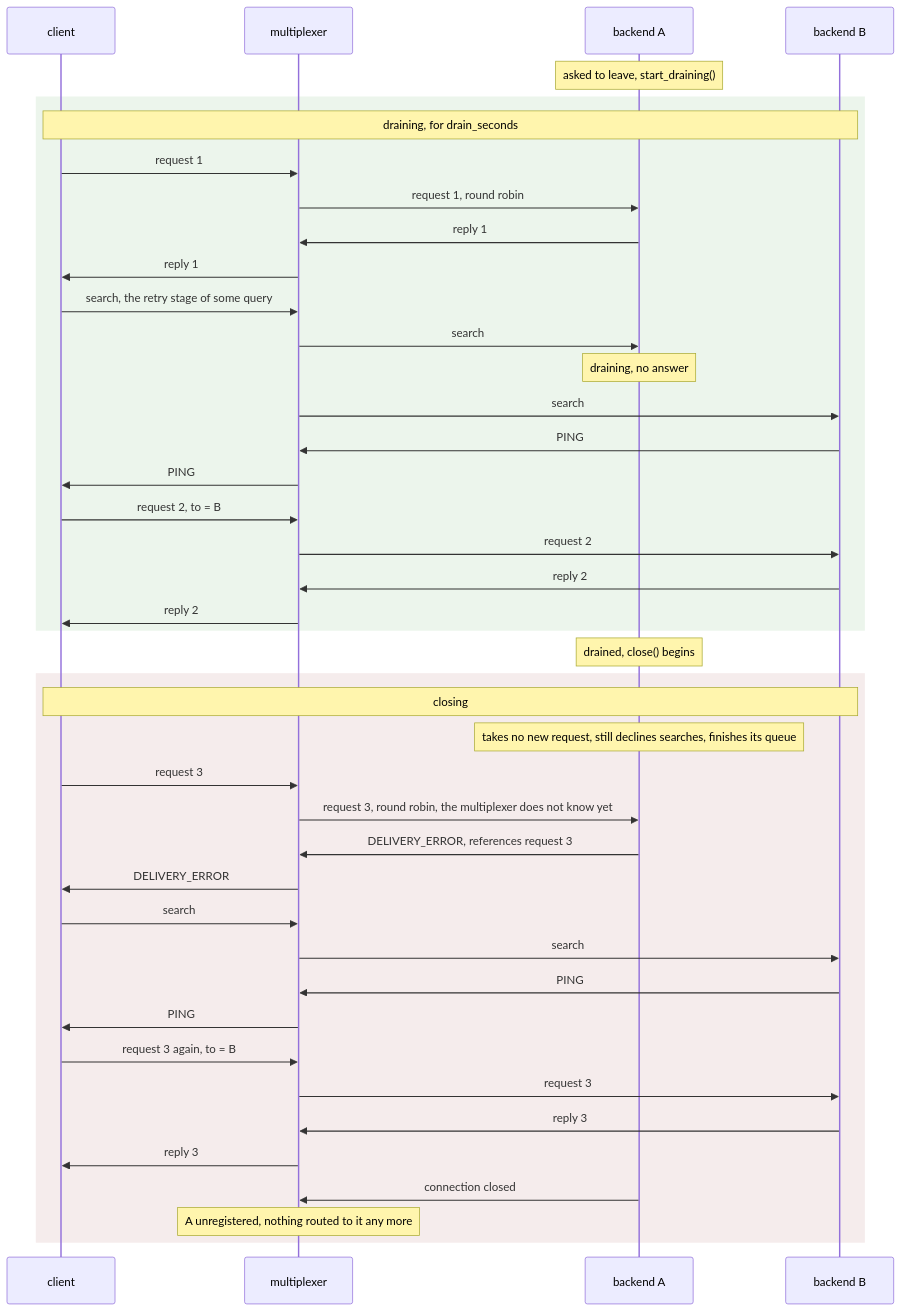
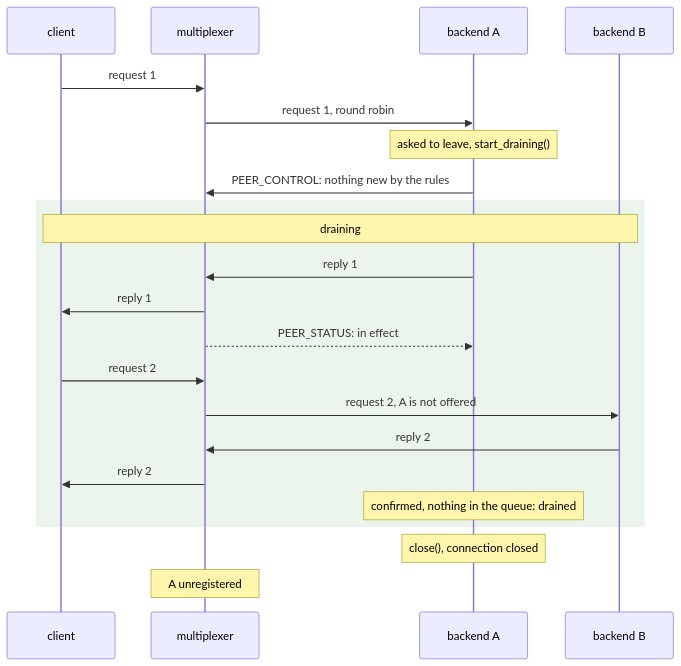
One commit to kulewski/multiplexer changed the first of 3 diagrams in docs/leaving.md. Above: the diagram before and after it, drawn with Mermaid. The commit also changed other lines of this file and 74 other files, not shown here.

````diff
--- a/docs/leaving.md
+++ b/docs/leaving.md
@@ -29,44 +66,24 @@
 ```mermaid
 sequenceDiagram
     participant C as client
     participant M as multiplexer
     participant A as backend A
     participant B as backend B
+    C->>M: request 1
+    M->>A: request 1, round robin
     Note over A: asked to leave, start_draining()
+    A->>M: PEER_CONTROL: nothing new by the rules
     rect rgb(236, 245, 236)
-        Note over C,B: draining, for drain_seconds
-        C->>M: request 1
-        M->>A: request 1, round robin
+        Note over C,B: draining
         A->>M: reply 1
         M->>C: reply 1
-        C->>M: search, the retry stage of some query
-        M->>A: search
-        Note over A: draining, no answer
-        M->>B: search
-        B->>M: PING
-        M->>C: PING
-        C->>M: request 2, to = B
-        M->>B: request 2
+        M-->>A: PEER_STATUS: in effect
+        C->>M: request 2
+        M->>B: request 2, A is not offered
         B->>M: reply 2
         M->>C: reply 2
+        Note over A: confirmed, nothing in the queue: drained
     end
-    Note over A: drained, close() begins
-    rect rgb(245, 236, 236)
-        Note over C,B: closing
-        Note over A: takes no new request, still declines searches, finishes its queue
-        C->>M: request 3
-        M->>A: request 3, round robin, the multiplexer does not know yet
-        A->>M: DELIVERY_ERROR, references request 3
-        M->>C: DELIVERY_ERROR
-        C->>M: search
-        M->>B: search
-        B->>M: PING
-        M->>C: PING
-        C->>M: request 3 again, to = B
-        M->>B: request 3
-        B->>M: reply 3
-        M->>C: reply 3
-        A->>M: connection closed
-        Note over M: A unregistered, nothing routed to it any more
-    end
+    Note over A: close(), connection closed
+    Note over M: A unregistered
 ```
````
